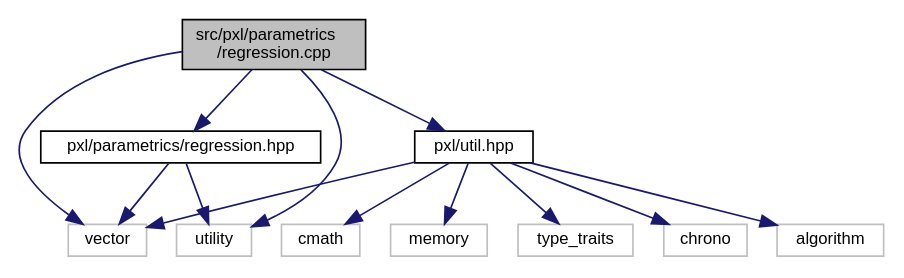
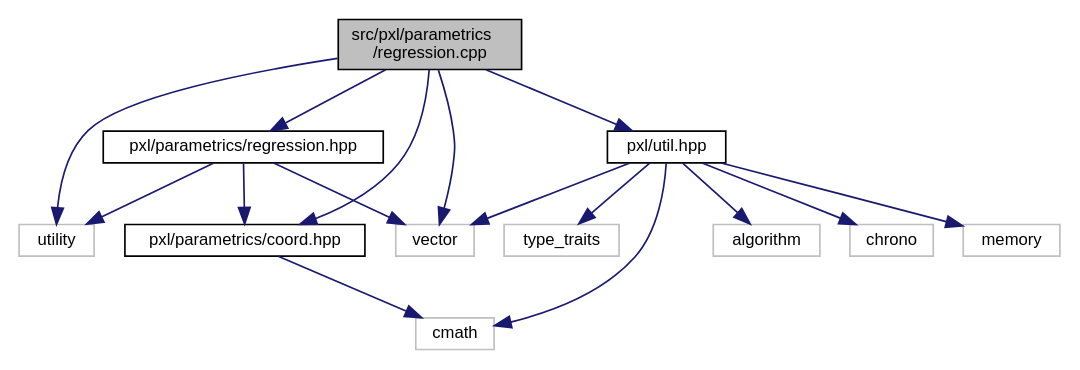
The diagram in regression_8cpp__incl.dot (Pixel-Lib/Pixel), drawn with Graphviz before and after one commit. The commit also changed 130 other files, not shown here.

```diff
--- a/regression_8cpp__incl.dot
+++ b/regression_8cpp__incl.dot
@@ -1,28 +1,32 @@
 digraph "src/pxl/parametrics/regression.cpp"
 {
  // LATEX_PDF_SIZE
   edge [fontname="Helvetica",fontsize="10",labelfontname="Helvetica",labelfontsize="10"];
   node [fontname="Helvetica",fontsize="10",shape=record];
   Node1 [label="src/pxl/parametrics\l/regression.cpp",height=0.2,width=0.4,color="black", fillcolor="grey75", style="filled", fontcolor="black",tooltip=" "];
   Node1 -> Node2 [color="midnightblue",fontsize="10",style="solid",fontname="Helvetica"];
   Node2 [label="vector",height=0.2,width=0.4,color="grey75", fillcolor="white", style="filled",tooltip=" "];
   Node1 -> Node3 [color="midnightblue",fontsize="10",style="solid",fontname="Helvetica"];
   Node3 [label="utility",height=0.2,width=0.4,color="grey75", fillcolor="white", style="filled",tooltip=" "];
   Node1 -> Node4 [color="midnightblue",fontsize="10",style="solid",fontname="Helvetica"];
   Node4 [label="pxl/parametrics/regression.hpp",height=0.2,width=0.4,color="black", fillcolor="white", style="filled",URL="$regression_8hpp.html",tooltip=" "];
   Node4 -> Node2 [color="midnightblue",fontsize="10",style="solid",fontname="Helvetica"];
   Node4 -> Node3 [color="midnightblue",fontsize="10",style="solid",fontname="Helvetica"];
+  Node4 -> Node5 [color="midnightblue",fontsize="10",style="solid",fontname="Helvetica"];
+  Node5 [label="pxl/parametrics/coord.hpp",height=0.2,width=0.4,color="black", fillcolor="white", style="filled",URL="$coord_8hpp.html",tooltip=" "];
+  Node5 -> Node6 [color="midnightblue",fontsize="10",style="solid",fontname="Helvetica"];
+  Node6 [label="cmath",height=0.2,width=0.4,color="grey75", fillcolor="white", style="filled",tooltip=" "];
   Node1 -> Node5 [color="midnightblue",fontsize="10",style="solid",fontname="Helvetica"];
-  Node5 [label="pxl/util.hpp",height=0.2,width=0.4,color="black", fillcolor="white", style="filled",URL="$util_8hpp.html",tooltip=" "];
-  Node5 -> Node6 [color="midnightblue",fontsize="10",style="solid",fontname="Helvetica"];
-  Node6 [label="algorithm",height=0.2,width=0.4,color="grey75", fillcolor="white", style="filled",tooltip=" "];
-  Node5 -> Node7 [color="midnightblue",fontsize="10",style="solid",fontname="Helvetica"];
-  Node7 [label="cmath",height=0.2,width=0.4,color="grey75", fillcolor="white", style="filled",tooltip=" "];
-  Node5 -> Node8 [color="midnightblue",fontsize="10",style="solid",fontname="Helvetica"];
-  Node8 [label="memory",height=0.2,width=0.4,color="grey75", fillcolor="white", style="filled",tooltip=" "];
-  Node5 -> Node9 [color="midnightblue",fontsize="10",style="solid",fontname="Helvetica"];
-  Node9 [label="type_traits",height=0.2,width=0.4,color="grey75", fillcolor="white", style="filled",tooltip=" "];
-  Node5 -> Node2 [color="midnightblue",fontsize="10",style="solid",fontname="Helvetica"];
-  Node5 -> Node10 [color="midnightblue",fontsize="10",style="solid",fontname="Helvetica"];
-  Node10 [label="chrono",height=0.2,width=0.4,color="grey75", fillcolor="white", style="filled",tooltip=" "];
+  Node1 -> Node7 [color="midnightblue",fontsize="10",style="solid",fontname="Helvetica"];
+  Node7 [label="pxl/util.hpp",height=0.2,width=0.4,color="black", fillcolor="white", style="filled",URL="$util_8hpp.html",tooltip=" "];
+  Node7 -> Node8 [color="midnightblue",fontsize="10",style="solid",fontname="Helvetica"];
+  Node8 [label="algorithm",height=0.2,width=0.4,color="grey75", fillcolor="white", style="filled",tooltip=" "];
+  Node7 -> Node9 [color="midnightblue",fontsize="10",style="solid",fontname="Helvetica"];
+  Node9 [label="chrono",height=0.2,width=0.4,color="grey75", fillcolor="white", style="filled",tooltip=" "];
+  Node7 -> Node6 [color="midnightblue",fontsize="10",style="solid",fontname="Helvetica"];
+  Node7 -> Node10 [color="midnightblue",fontsize="10",style="solid",fontname="Helvetica"];
+  Node10 [label="memory",height=0.2,width=0.4,color="grey75", fillcolor="white", style="filled",tooltip=" "];
+  Node7 -> Node11 [color="midnightblue",fontsize="10",style="solid",fontname="Helvetica"];
+  Node11 [label="type_traits",height=0.2,width=0.4,color="grey75", fillcolor="white", style="filled",tooltip=" "];
+  Node7 -> Node2 [color="midnightblue",fontsize="10",style="solid",fontname="Helvetica"];
 }
```
